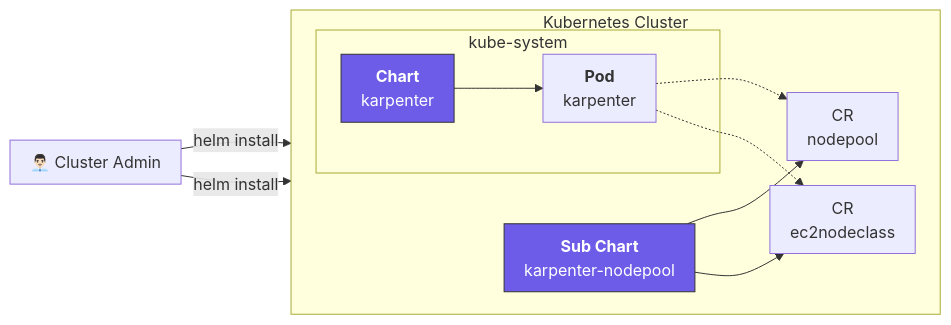
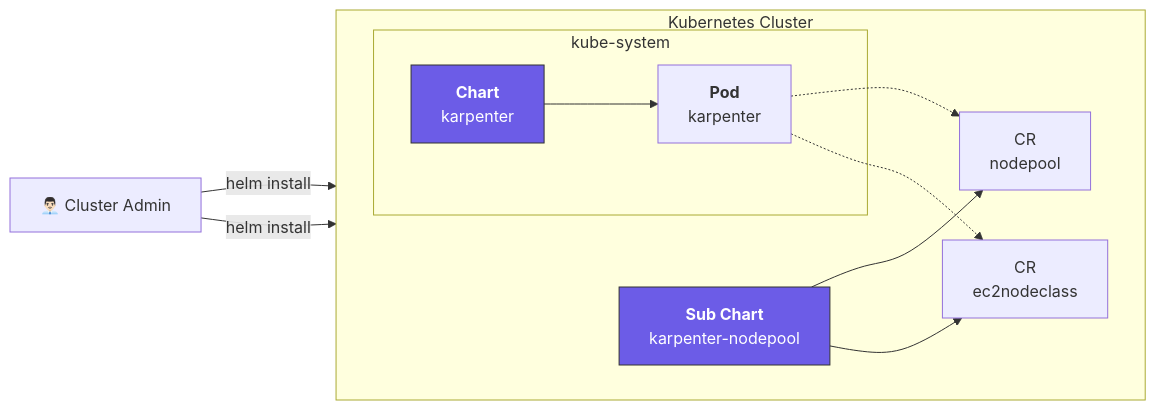
One commit to younsl/younsl.github.io changed the second of 5 diagrams in content/blog/karpenter-spot-fallback/index.md. Above: the diagram before and after it, drawn with Mermaid. The commit also changed other lines of this file and 2 other files, not shown here.

Commit message:
chore: Add diagram

````diff
--- a/content/blog/karpenter-spot-fallback/index.md
+++ b/content/blog/karpenter-spot-fallback/index.md
@@ -83,39 +71,27 @@
 ```mermaid
-%% Style %%
-%%{
-    init: {
-        "flowchart": {
-            "nodeSpacing": 25,
-            "rankSpacing": 25,
-            "padding": 10,
-            "curve": "basis"
-        }
-    }
-}%%
-
 flowchart LR
 
   admin["👨🏻‍💼 Cluster Admin"]
   admin --helm install--> Main["`**Chart**
   karpenter`"]
   admin --helm install--> Sub["`**Sub Chart**
   karpenter-nodepool`"]
   
   subgraph k8s[Kubernetes Cluster]
     direction LR
     subgraph kube-system
       Main --> Controller["`**Pod**
       karpenter`"]
     end
     Sub --> NodePool["`CR
     nodepool`"]
     Sub --> EC2NC["`CR
     ec2nodeclass`"]
 
     Controller -.-> NodePool
     Controller -.-> EC2NC
   end
 
   style Main fill:#6c5ce7,color:#fff,stroke:#333
   style Sub fill:#6c5ce7,color:#fff,stroke:#333
 ```
````
